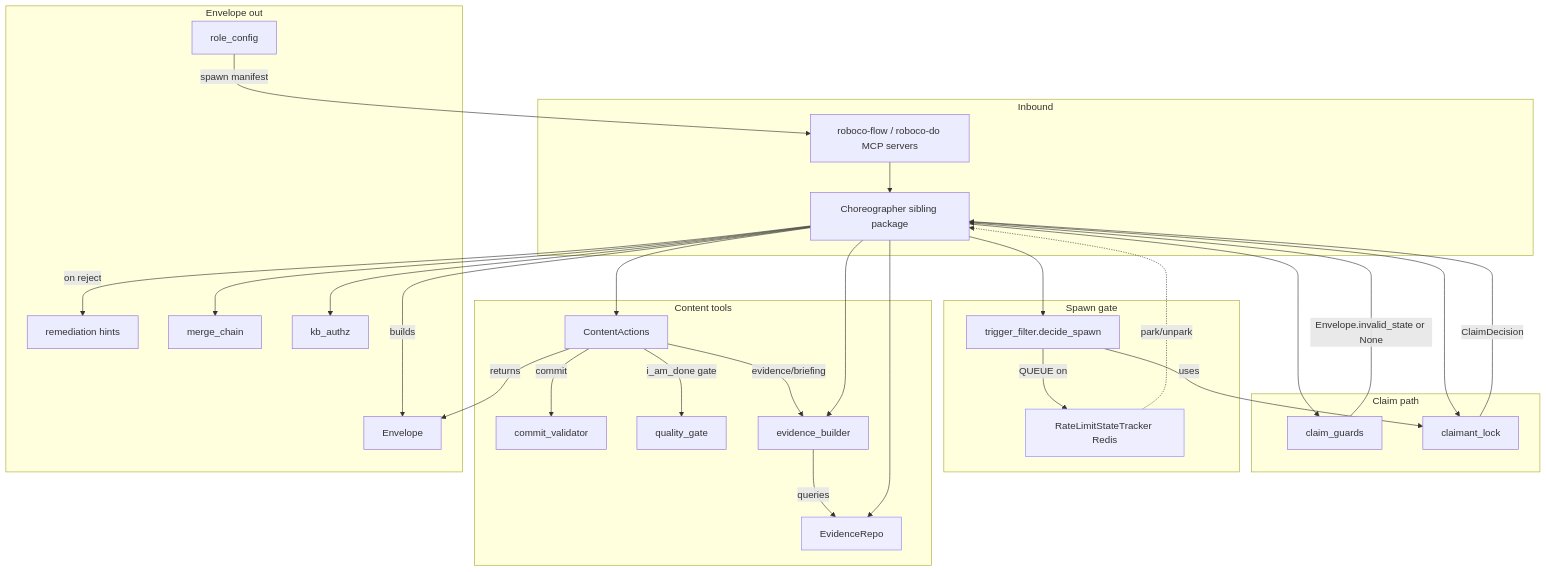
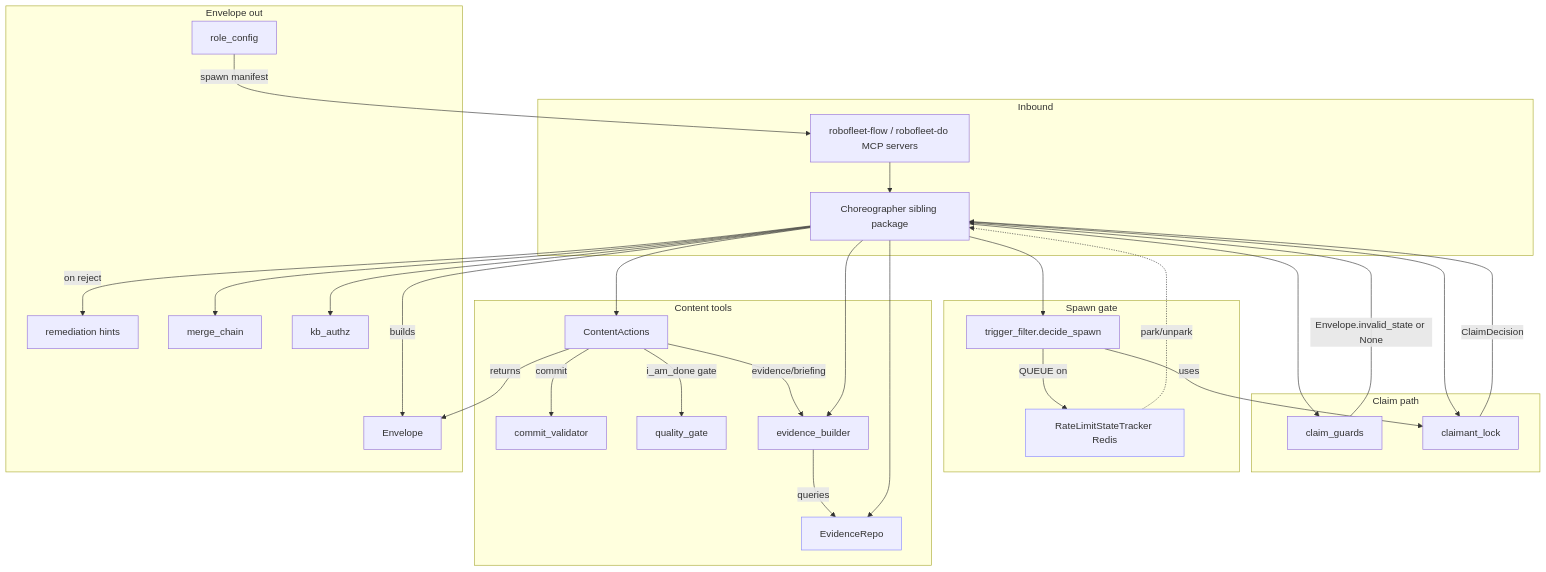
One commit to rennf93/robo-fleet changed the diagram in docs/map/gateway-support.md. Above: the diagram before and after it, drawn with Mermaid. The commit also changed other lines of this file and 169 other files, not shown here.

````diff
--- a/docs/map/gateway-support.md
+++ b/docs/map/gateway-support.md
@@ -146,59 +146,59 @@
 ```mermaid
 graph TD
   subgraph Inbound
-    MCP[roboco-flow / roboco-do MCP servers]
+    MCP[robofleet-flow / robofleet-do MCP servers]
     CHORE[Choreographer sibling package]
   end
 
   subgraph Claim path
     CG[claim_guards]
     CL[claimant_lock]
     CG -->|Envelope.invalid_state or None| CHORE
     CL -->|ClaimDecision| CHORE
   end
 
   subgraph Spawn gate
     TF[trigger_filter.decide_spawn]
     RLT[RateLimitStateTracker Redis]
     TF -->|uses| CL
     TF -->|QUEUE on| RLT
   end
 
   subgraph Content tools
     CA[ContentActions]
     CV[commit_validator]
     QG[quality_gate]
     EB[evidence_builder]
     ER[EvidenceRepo]
     CA -->|commit| CV
     CA -->|i_am_done gate| QG
     CA -->|evidence/briefing| EB
     EB -->|queries| ER
   end
 
   subgraph Envelope out
     ENV[Envelope]
     REM[remediation hints]
     MC[merge_chain]
     RC[role_config]
     KA[kb_authz]
   end
 
   MCP --> CHORE
   CHORE --> CG
   CHORE --> CL
   CHORE --> TF
   CHORE --> CA
   CHORE --> EB
   CHORE --> ER
   CHORE --> MC
   CHORE --> KA
   CHORE -->|builds| ENV
   CHORE -->|on reject| REM
   CA -->|returns| ENV
   RC -->|spawn manifest| MCP
   RLT -.->|park/unpark| CHORE
 
   classDef store fill:#eef,stroke:#88f;
   class RLT,ER store;
 ```
````
